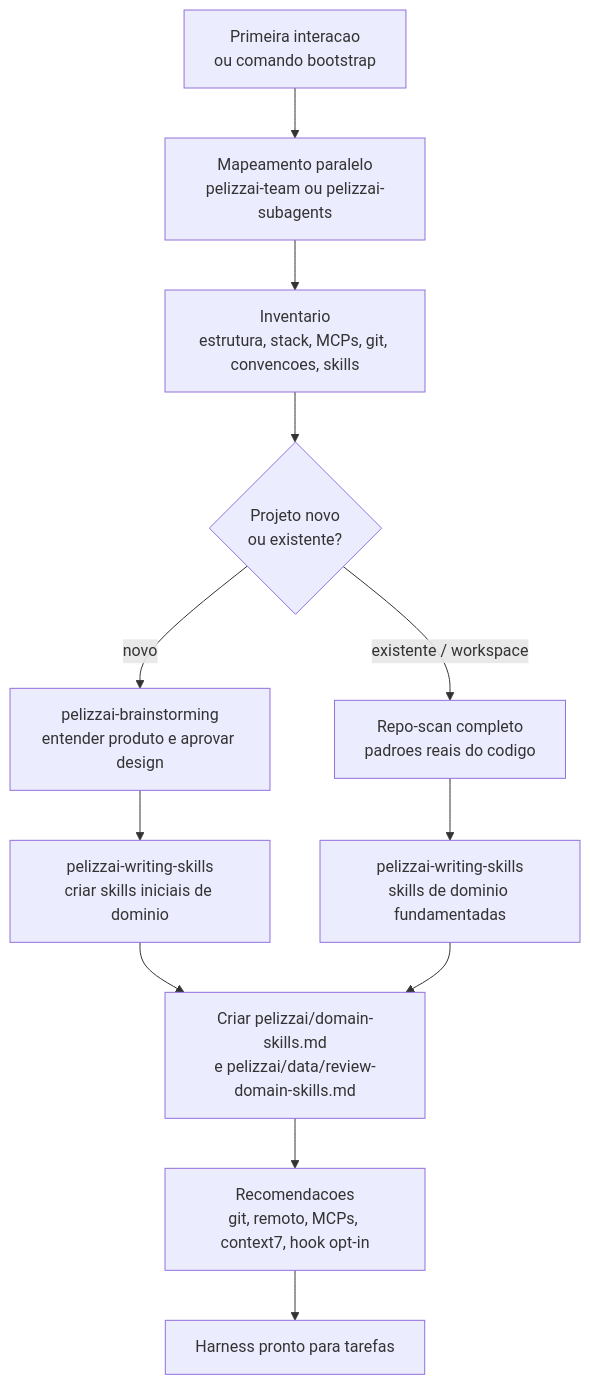
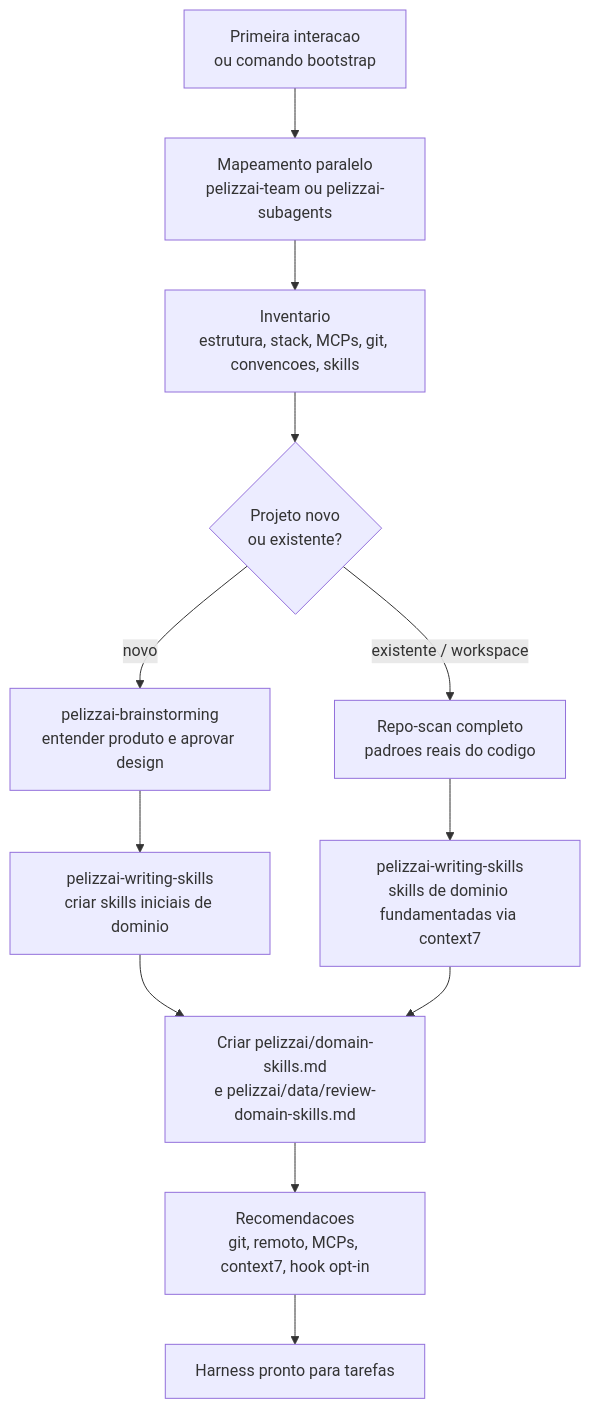
The third of 11 diagrams in README.md (rpelizza/PelizzAI), drawn with Mermaid before and after one commit. The commit also changed other lines of this file and 34 other files, not shown here.

````diff
--- a/README.md
+++ b/README.md
@@ -128,17 +141,17 @@
 ```mermaid
 flowchart TD
     START["Primeira interacao<br/>ou comando bootstrap"] --> TEAM["Mapeamento paralelo<br/>pelizzai-team ou pelizzai-subagents"]
     TEAM --> INV["Inventario<br/>estrutura, stack, MCPs, git, convencoes, skills"]
     INV --> KIND{"Projeto novo<br/>ou existente?"}
 
     KIND -- "novo" --> IDEA["pelizzai-brainstorming<br/>entender produto e aprovar design"]
     IDEA --> WSK1["pelizzai-writing-skills<br/>criar skills iniciais de dominio"]
 
     KIND -- "existente / workspace" --> SCAN["Repo-scan completo<br/>padroes reais do codigo"]
-    SCAN --> WSK2["pelizzai-writing-skills<br/>skills de dominio fundamentadas"]
+    SCAN --> WSK2["pelizzai-writing-skills<br/>skills de dominio fundamentadas via context7"]
 
     WSK1 --> ART["Criar pelizzai/domain-skills.md<br/>e pelizzai/data/review-domain-skills.md"]
     WSK2 --> ART
     ART --> REC["Recomendacoes<br/>git, remoto, MCPs, context7, hook opt-in"]
     REC --> READY["Harness pronto para tarefas"]
 ```
````
